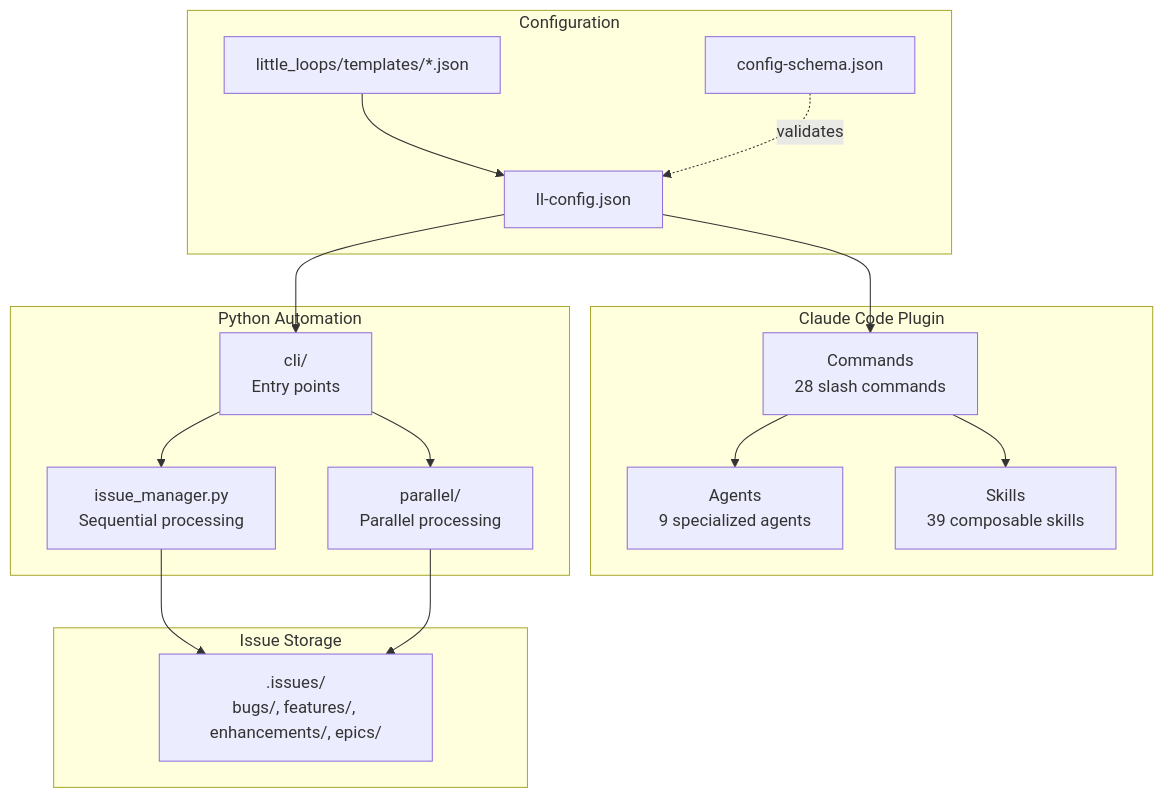
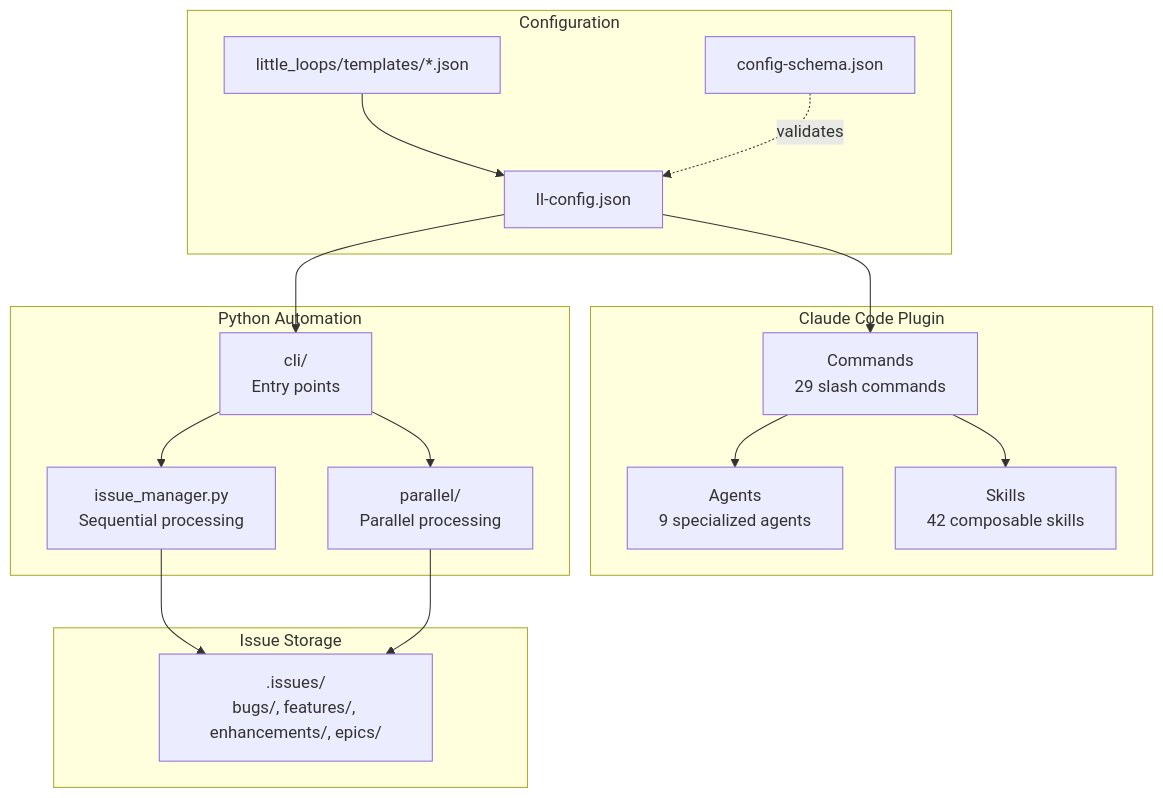
One commit to BrennonTWilliams/little-loops changed the first of 17 diagrams in docs/ARCHITECTURE.md. Above: the diagram before and after it, drawn with Mermaid. The commit also changed other lines of this file and 10 other files, not shown here.

````diff
--- a/docs/ARCHITECTURE.md
+++ b/docs/ARCHITECTURE.md
@@ -21,35 +21,35 @@
 ```mermaid
 flowchart TB
     subgraph "Claude Code Plugin"
-        CMD[Commands<br/>28 slash commands]
+        CMD[Commands<br/>29 slash commands]
         AGT[Agents<br/>9 specialized agents]
-        SKL[Skills<br/>39 composable skills]
+        SKL[Skills<br/>42 composable skills]
     end
 
     subgraph "Configuration"
         CFG[ll-config.json]
         SCHEMA[config-schema.json]
         TPL[little_loops/templates/*.json]
     end
 
     subgraph "Python Automation"
         CLI[cli/<br/>Entry points]
         AUTO[issue_manager.py<br/>Sequential processing]
         PARALLEL[parallel/<br/>Parallel processing]
     end
 
     subgraph "Issue Storage"
         ISSUES[.issues/<br/>bugs/, features/, enhancements/, epics/]
     end
 
     CFG --> CMD
     TPL --> CFG
     SCHEMA -.->|validates| CFG
     CFG --> CLI
     CMD --> AGT
     CMD --> SKL
     CLI --> AUTO
     CLI --> PARALLEL
     AUTO --> ISSUES
     PARALLEL --> ISSUES
 ```
````
